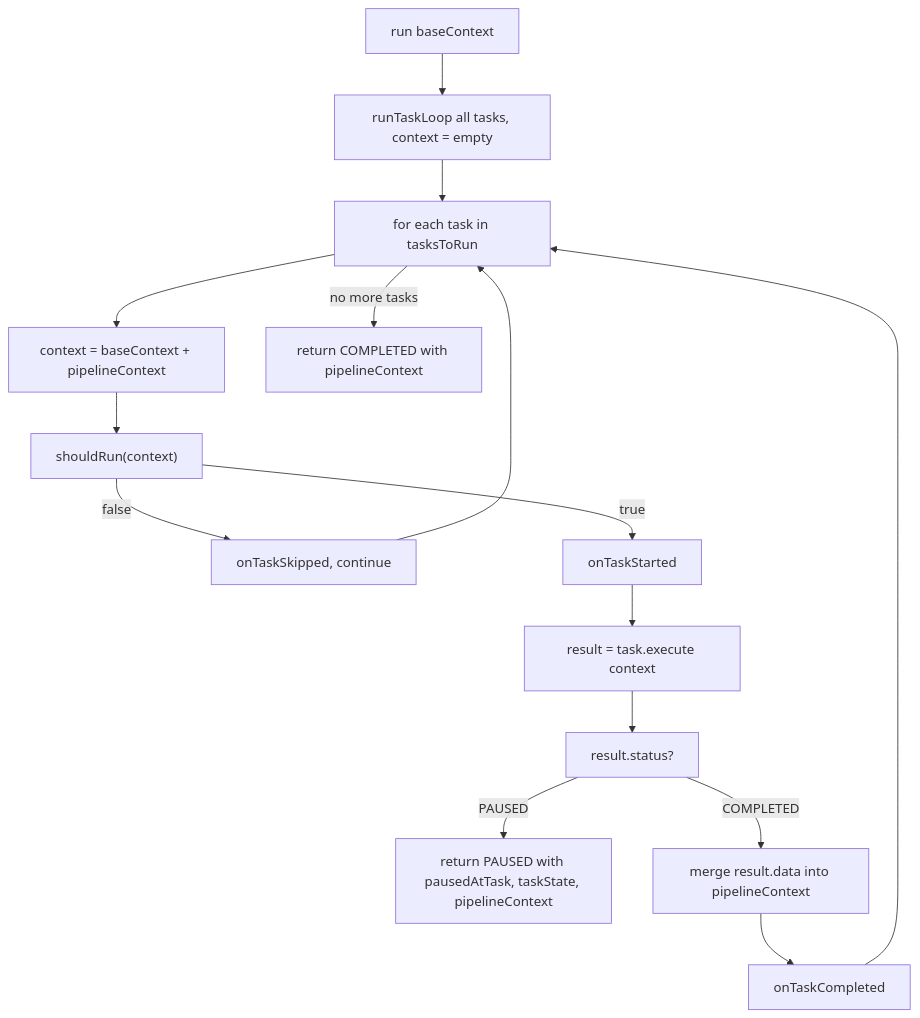
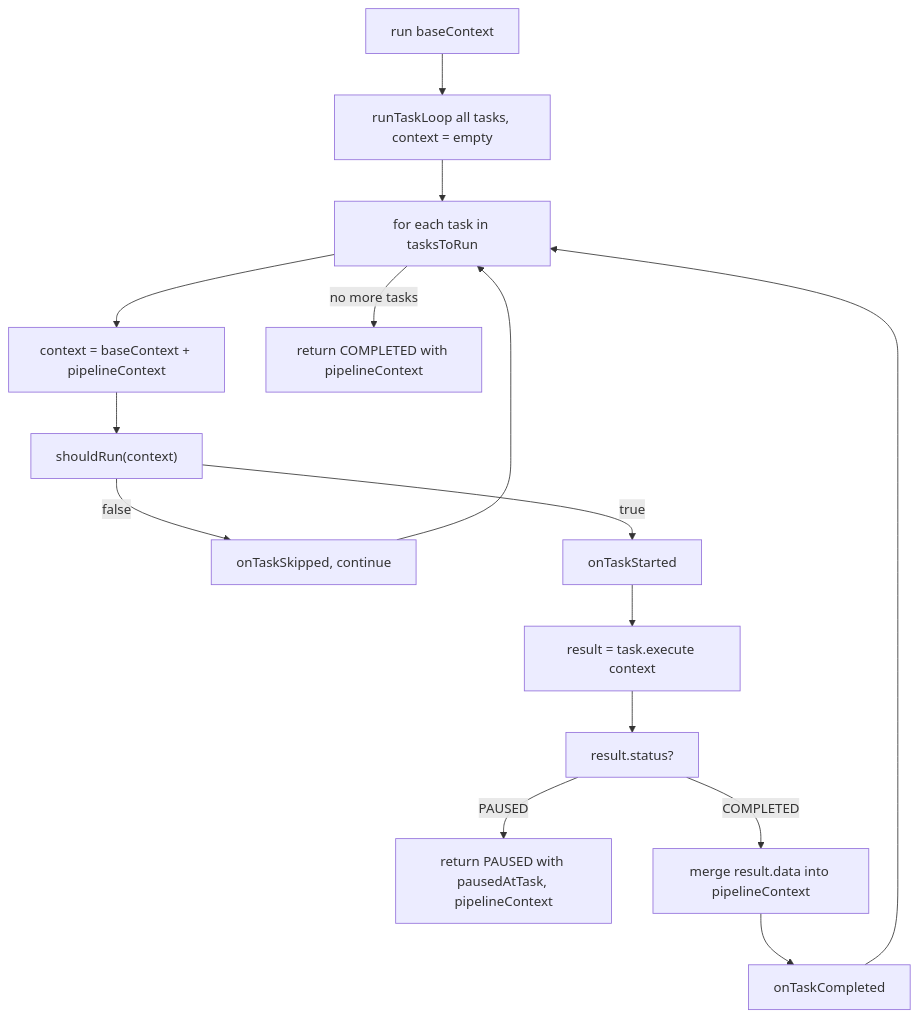
One commit to lifinance/sdk changed the first of 3 diagrams in docs/task-pipeline.md. Above: the diagram before and after it, drawn with Mermaid. The commit also changed other lines of this file and 21 other files, not shown here.

Commit message:
refactor: unify context structure across task pipelines, removing 'extra' key

````diff
--- a/docs/task-pipeline.md
+++ b/docs/task-pipeline.md
@@ -35,17 +35,17 @@
 ```mermaid
 flowchart TD
     A[run baseContext] --> B[runTaskLoop all tasks, context = empty]
     B --> C[for each task in tasksToRun]
     C --> D[context = baseContext + pipelineContext]
     D --> E["shouldRun(context)"]
     E -->|false| F[onTaskSkipped, continue]
     F --> C
     E -->|true| G[onTaskStarted]
     G --> H[result = task.execute context]
     H --> I["result.status?"]
-    I -->|PAUSED| J[return PAUSED with pausedAtTask, taskState, pipelineContext]
+    I -->|PAUSED| J[return PAUSED with pausedAtTask, pipelineContext]
     I -->|COMPLETED| K[merge result.data into pipelineContext]
     K --> L[onTaskCompleted]
     L --> C
     C -->|no more tasks| M[return COMPLETED with pipelineContext]
 ```
````
